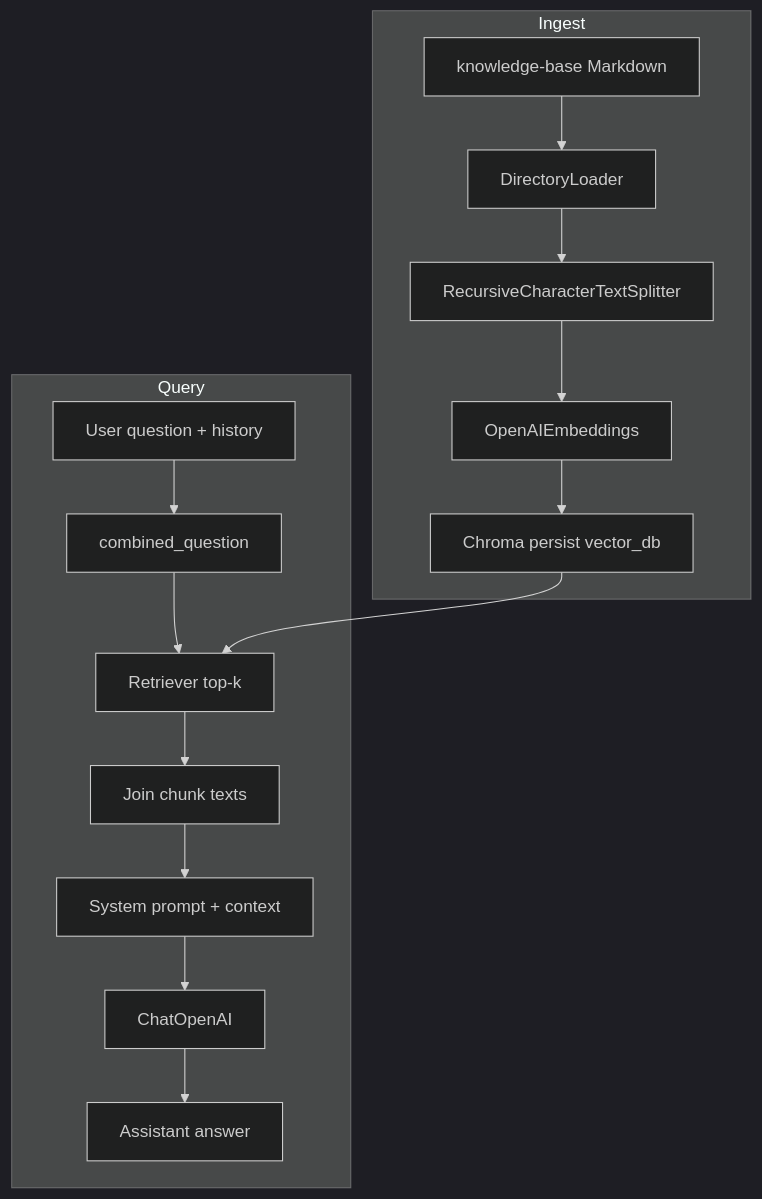
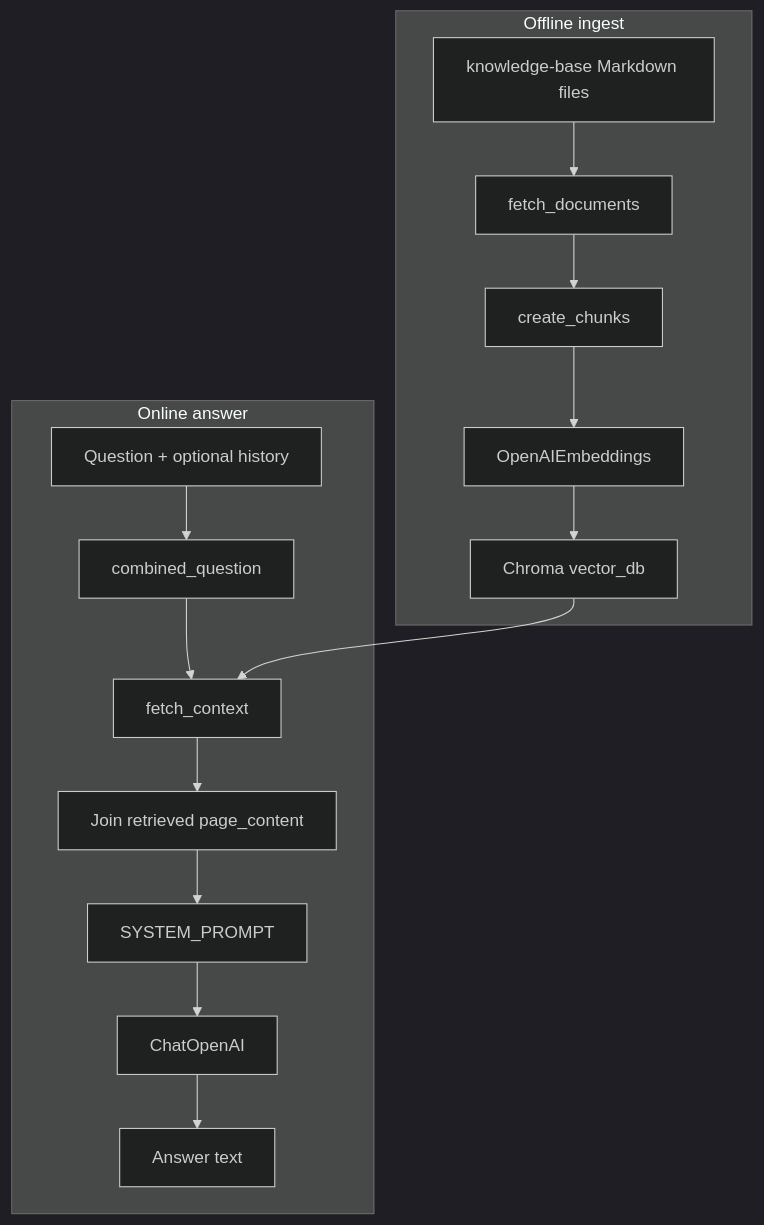
The first of 2 diagrams in LLM Fundamentals & Engineering/04-retrieval-augmented-generation/documentation/05-building-the-basic-rag-pipeline.md (Azeem-Subhani/agentic-ai-and-llm-engineering-journey), drawn with Mermaid (dark theme) before and after one commit. The commit also changed other lines of this file and 17 other files, not shown here.

````diff
--- a/LLM Fundamentals & Engineering/04-retrieval-augmented-generation/documentation/05-building-the-basic-rag-pipeline.md
+++ b/LLM Fundamentals & Engineering/04-retrieval-augmented-generation/documentation/05-building-the-basic-rag-pipeline.md
@@ -9,22 +19,21 @@
 ```mermaid
 flowchart TD
-    subgraph ingest [Ingest]
-        KB[knowledge-base Markdown]
-        KB --> Load[DirectoryLoader]
-        Load --> Split[RecursiveCharacterTextSplitter]
+    subgraph Offline ingest
+        KB[knowledge-base Markdown files]
+        KB --> Load[fetch_documents]
+        Load --> Split[create_chunks]
         Split --> Embed[OpenAIEmbeddings]
-        Embed --> Chroma[Chroma persist vector_db]
+        Embed --> Store[Chroma vector_db]
     end
 
-    subgraph query [Query]
-        Q[User question + history]
-        Q --> Comb[combined_question]
-        Comb --> Ret[Retriever top-k]
-        Ret --> Ctx[Join chunk texts]
-        Ctx --> Sys[System prompt + context]
-        Sys --> LLM[ChatOpenAI]
-        LLM --> A[Assistant answer]
+    subgraph Online answer
+        Q[Question + optional history]
+        Q --> Combine[combined_question]
+        Combine --> Retrieve[fetch_context]
+        Store --> Retrieve
+        Retrieve --> Context[Join retrieved page_content]
+        Context --> Prompt[SYSTEM_PROMPT]
+        Prompt --> Chat[ChatOpenAI]
+        Chat --> Reply[Answer text]
     end
-
-    Chroma --> Ret
 ```
````
